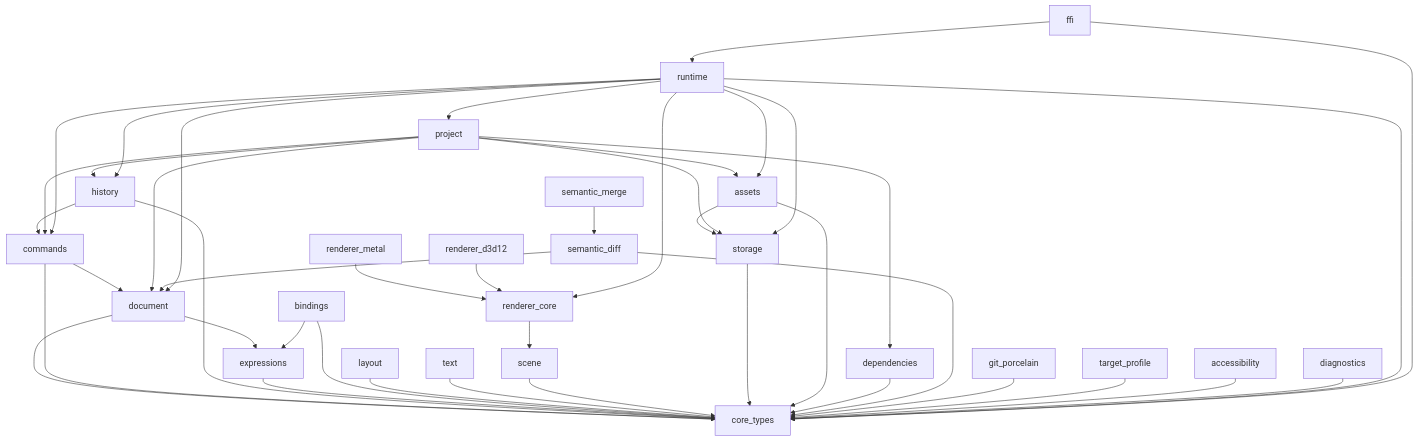
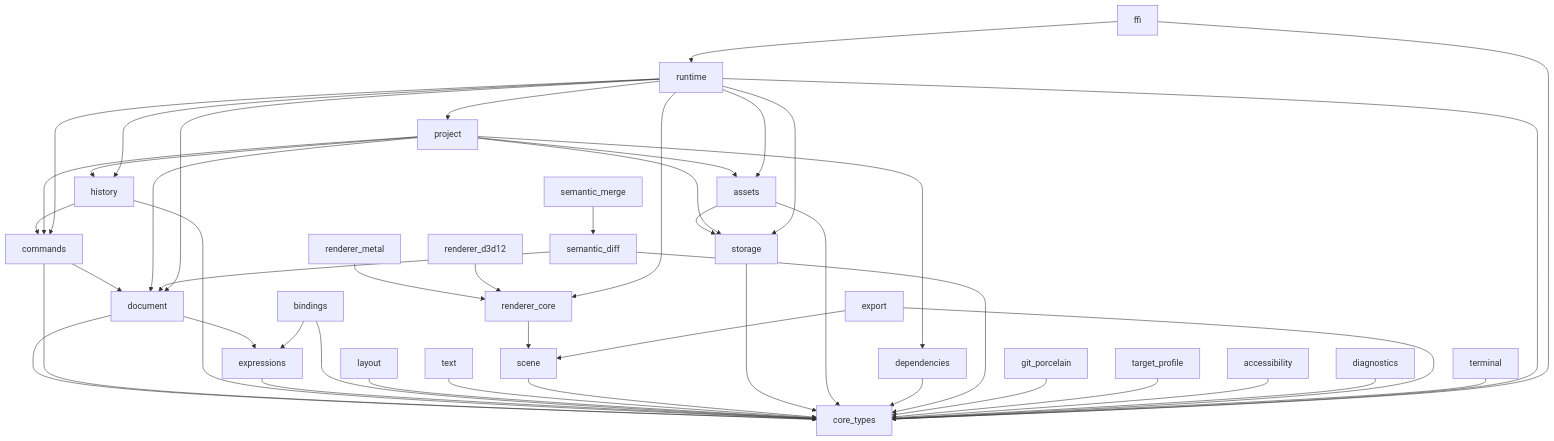
Before and after one commit to taeyoon0137/project-stellar: the diagram in docs/architecture/crate-dependency-graph.md, drawn with Mermaid. The commit also changed other lines of this file and 10 other files, not shown here.

Commit message:
Chore: export·terminal·벤치마크 fixture crate 골격 추가(ADR-0019)

````diff
--- a/docs/architecture/crate-dependency-graph.md
+++ b/docs/architecture/crate-dependency-graph.md
@@ -38,45 +40,48 @@
 ```mermaid
 graph TD
   document --> core_types
   document --> expressions
   commands --> document
   commands --> core_types
   history --> commands
   history --> core_types
   expressions --> core_types
   bindings --> core_types
   bindings --> expressions
   layout --> core_types
   text --> core_types
   scene --> core_types
   renderer_core --> scene
   renderer_metal --> renderer_core
   renderer_d3d12 --> renderer_core
   storage --> core_types
   assets --> storage
   assets --> core_types
   dependencies --> core_types
   project --> document
   project --> storage
   project --> assets
   project --> dependencies
   project --> commands
   project --> history
   semantic_diff --> document
   semantic_diff --> core_types
   semantic_merge --> semantic_diff
   git_porcelain --> core_types
   target_profile --> core_types
   accessibility --> core_types
   diagnostics --> core_types
+  export --> core_types
+  export --> scene
+  terminal --> core_types
   runtime --> core_types
   runtime --> document
   runtime --> commands
   runtime --> history
   runtime --> project
   runtime --> storage
   runtime --> assets
   runtime --> renderer_core
   ffi --> core_types
   ffi --> runtime
 ```
````
